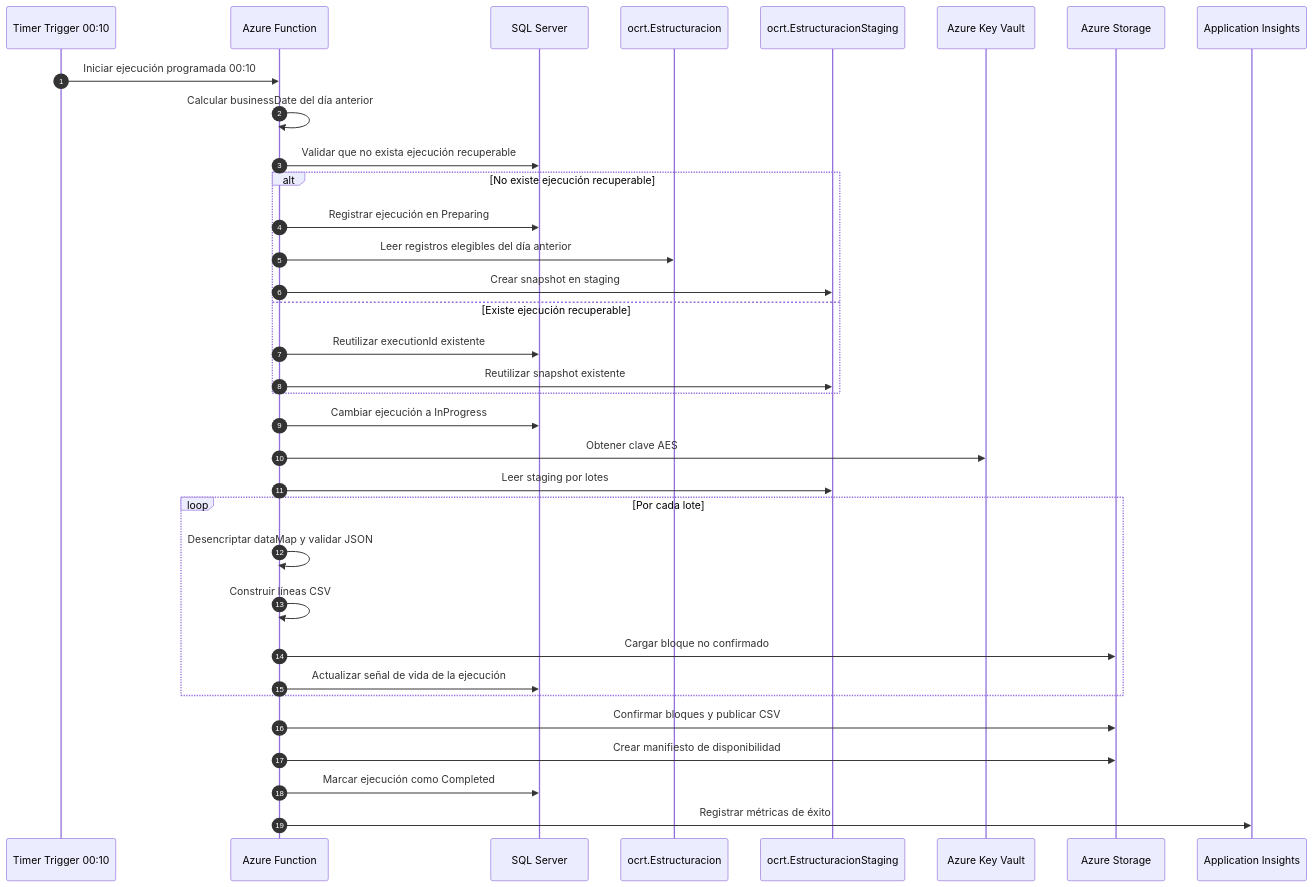
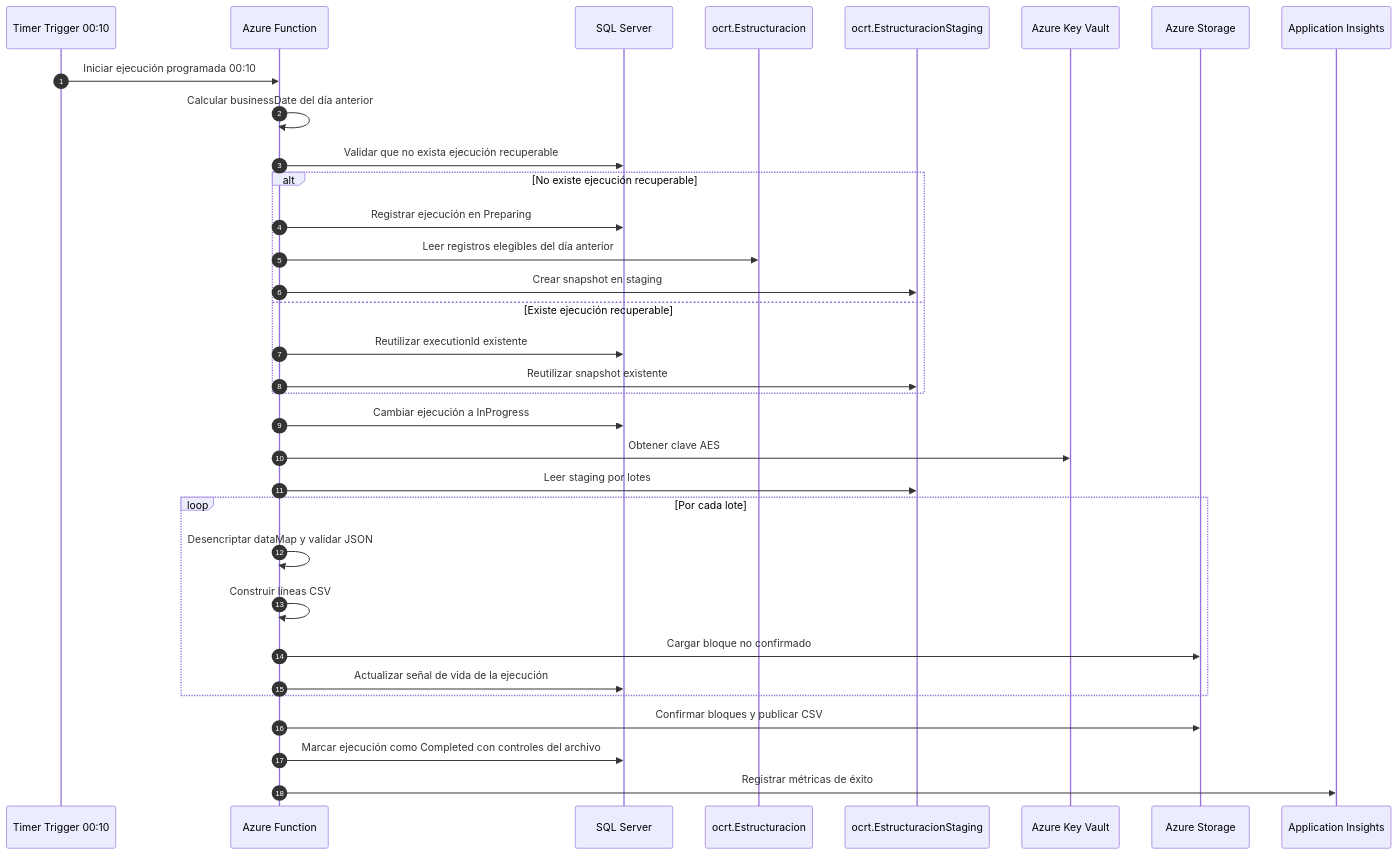
The third of 5 diagrams in arquitectura-generacion-archivo-plano-revisada.md (eme-dev/estructuracion-batch-function), drawn with Mermaid before and after one commit. The commit also changed other lines of this file and 14 other files, not shown here.

````diff
--- a/arquitectura-generacion-archivo-plano-revisada.md
+++ b/arquitectura-generacion-archivo-plano-revisada.md
@@ -922,39 +918,38 @@
 ```mermaid
 sequenceDiagram
     autonumber
     participant Trigger as Timer Trigger 00:10
     participant Fn as Azure Function
     participant SQL as SQL Server
     participant SRC as ocrt.Estructuracion
     participant STG as ocrt.EstructuracionStaging
     participant KV as Azure Key Vault
     participant Blob as Azure Storage
     participant AI as Application Insights
 
     Trigger->>Fn: Iniciar ejecución programada 00:10
     Fn->>Fn: Calcular businessDate del día anterior
     Fn->>SQL: Validar que no exista ejecución recuperable
     alt No existe ejecución recuperable
         Fn->>SQL: Registrar ejecución en Preparing
         Fn->>SRC: Leer registros elegibles del día anterior
         Fn->>STG: Crear snapshot en staging
     else Existe ejecución recuperable
         Fn->>SQL: Reutilizar executionId existente
         Fn->>STG: Reutilizar snapshot existente
     end
     Fn->>SQL: Cambiar ejecución a InProgress
     Fn->>KV: Obtener clave AES
     Fn->>STG: Leer staging por lotes
 
     loop Por cada lote
         Fn->>Fn: Desencriptar dataMap y validar JSON
         Fn->>Fn: Construir líneas CSV
         Fn->>Blob: Cargar bloque no confirmado
         Fn->>SQL: Actualizar señal de vida de la ejecución
     end
 
     Fn->>Blob: Confirmar bloques y publicar CSV
-    Fn->>Blob: Crear manifiesto de disponibilidad
-    Fn->>SQL: Marcar ejecución como Completed
+    Fn->>SQL: Marcar ejecución como Completed con controles del archivo
     Fn->>AI: Registrar métricas de éxito
 ```
````
